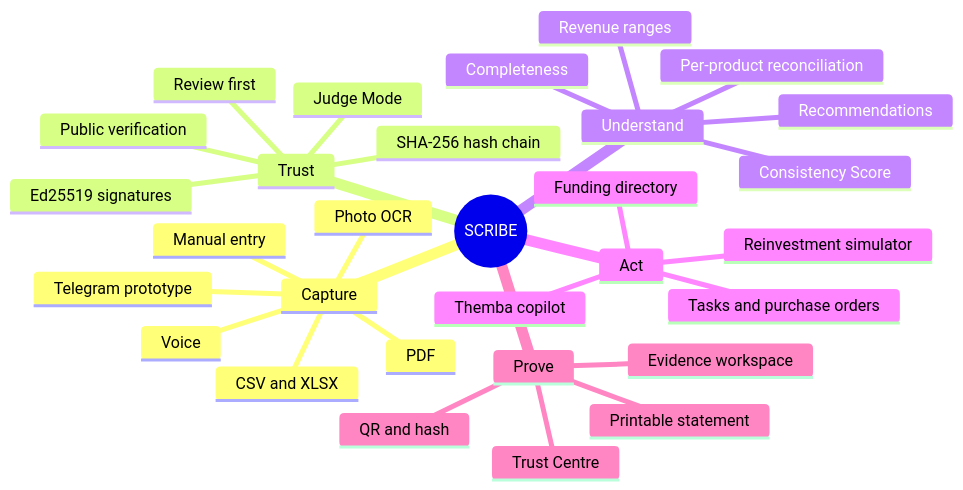
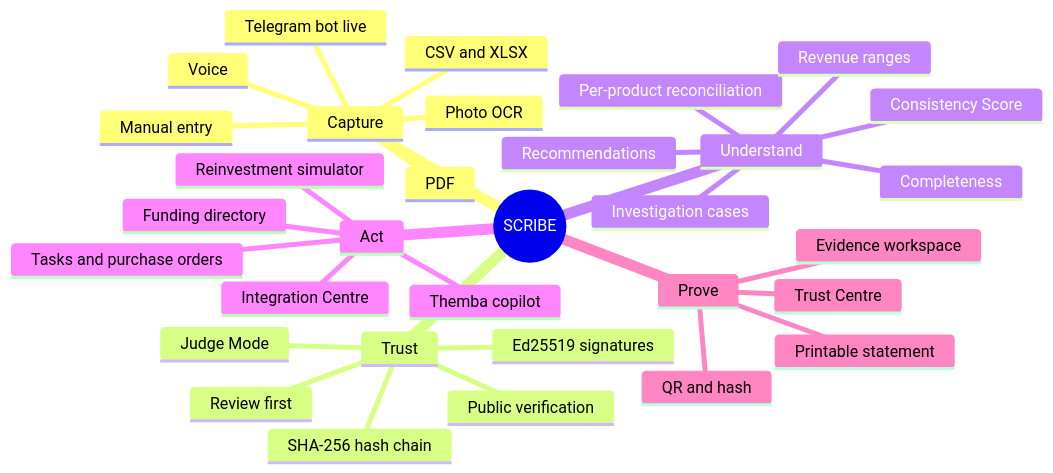
One commit to vna-07/scribe-app changed the third of 11 diagrams in README.md. Above: the diagram before and after it, drawn with Mermaid. The commit also changed other lines of this file, not shown here.

````diff
--- a/README.md
+++ b/README.md
@@ -454,33 +480,35 @@
 ```mermaid
 mindmap
   root((SCRIBE))
     Capture
       Photo OCR
       CSV and XLSX
       PDF
       Voice
       Manual entry
-      Telegram prototype
+      Telegram bot live
     Trust
       SHA-256 hash chain
       Ed25519 signatures
       Public verification
       Judge Mode
       Review first
     Understand
       Per-product reconciliation
       Revenue ranges
       Consistency Score
       Recommendations
+      Investigation cases
       Completeness
     Act
       Themba copilot
       Tasks and purchase orders
       Reinvestment simulator
       Funding directory
+      Integration Centre
     Prove
       Printable statement
       QR and hash
       Evidence workspace
       Trust Centre
 ```
````
